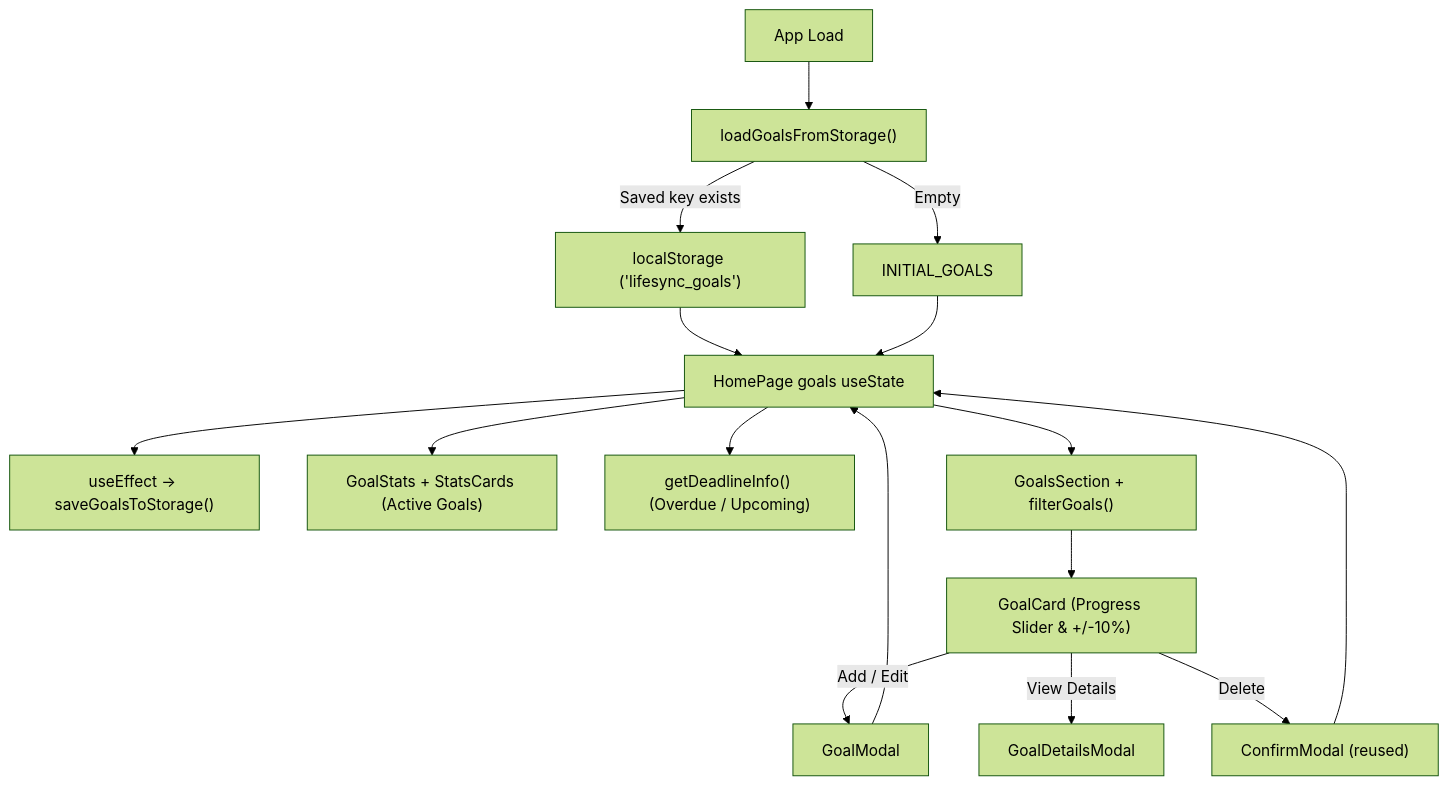
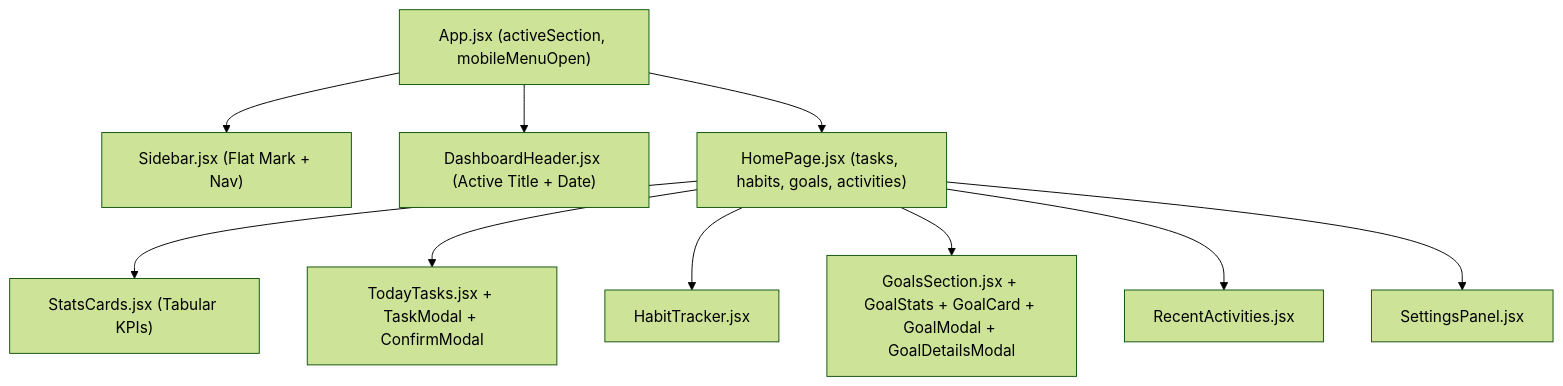
The first of 2 diagrams in personname.md (vedikamande/LifeSync), drawn with Mermaid (forest theme) before and after one commit. The commit also changed other lines of this file and 19 other files, not shown here.

````diff
--- a/personname.md
+++ b/personname.md
@@ -81,18 +77,12 @@
 ```mermaid
 flowchart TD
-    Startup["App Load"] --> LoadGoals["loadGoalsFromStorage()"]
-    LoadGoals -->|"Saved key exists"| Stored["localStorage ('lifesync_goals')"]
-    LoadGoals -->|"Empty"| Sample["INITIAL_GOALS"]
-    Stored --> State["HomePage goals useState"]
-    Sample --> State
-    State --> Save["useEffect -> saveGoalsToStorage()"]
-    State --> Stats["GoalStats + StatsCards (Active Goals)"]
-    State --> Deadlines["getDeadlineInfo() (Overdue / Upcoming)"]
-    State --> Filter["GoalsSection + filterGoals()"]
-    Filter --> Cards["GoalCard (Progress Slider & +/-10%)"]
-    Cards -->|"Add / Edit"| GoalModal["GoalModal"]
-    Cards -->|"View Details"| Details["GoalDetailsModal"]
-    Cards -->|"Delete"| Confirm["ConfirmModal (reused)"]
-    GoalModal --> State
-    Confirm --> State
+    App["App.jsx (activeSection, mobileMenuOpen)"] --> Sidebar["Sidebar.jsx (Flat Mark + Nav)"]
+    App --> Header["DashboardHeader.jsx (Active Title + Date)"]
+    App --> Home["HomePage.jsx (tasks, habits, goals, activities)"]
+    Home --> Stats["StatsCards.jsx (Tabular KPIs)"]
+    Home --> Tasks["TodayTasks.jsx + TaskModal + ConfirmModal"]
+    Home --> Habits["HabitTracker.jsx"]
+    Home --> Goals["GoalsSection.jsx + GoalStats + GoalCard + GoalModal + GoalDetailsModal"]
+    Home --> Activities["RecentActivities.jsx"]
+    Home --> Settings["SettingsPanel.jsx"]
 ```
````
